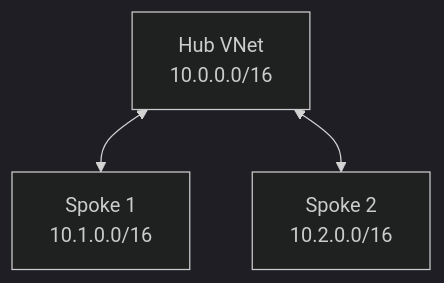
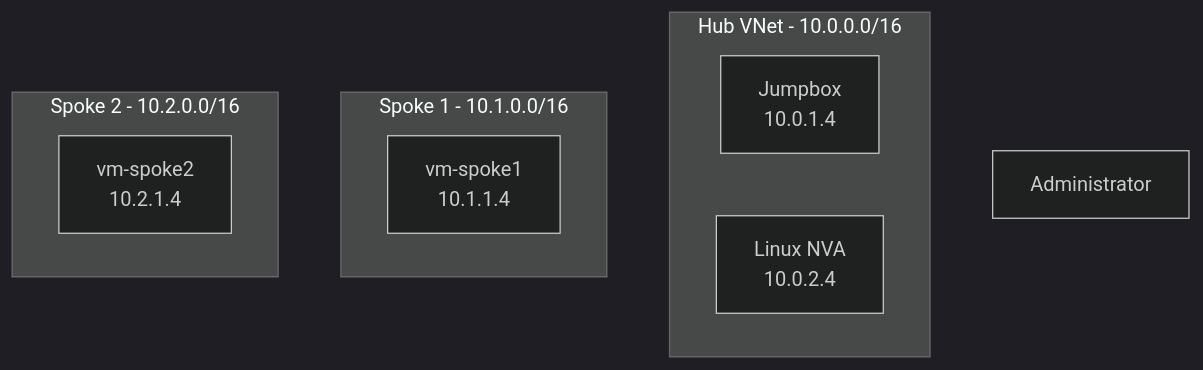
The diagram in README.md (johncline07/azure-hub-spoke-lab), drawn with Mermaid (dark theme) before and after one commit. The commit also changed other lines of this file and 3 other files, not shown here.

````diff
--- a/README.md
+++ b/README.md
@@ -17,9 +33,19 @@
 ```mermaid
 flowchart TD
-    Hub["Hub VNet<br/>10.0.0.0/16"]
-    Spoke1["Spoke 1<br/>10.1.0.0/16"]
-    Spoke2["Spoke 2<br/>10.2.0.0/16"]
+    Internet["Administrator"]
+    Jumpbox["Jumpbox<br/>10.0.1.4"]
+    NVA["Linux NVA<br/>10.0.2.4"]
 
-    Hub <--> Spoke1
-    Hub <--> Spoke2
+    subgraph Hub["Hub VNet - 10.0.0.0/16"]
+        Jumpbox
+        NVA
+    end
+
+    subgraph Spoke1["Spoke 1 - 10.1.0.0/16"]
+        VM1["vm-spoke1<br/>10.1.1.4"]
+    end
+
+    subgraph Spoke2["Spoke 2 - 10.2.0.0/16"]
+        VM2["vm-spoke2<br/>10.2.1.4"]
+    end
 ```
````
